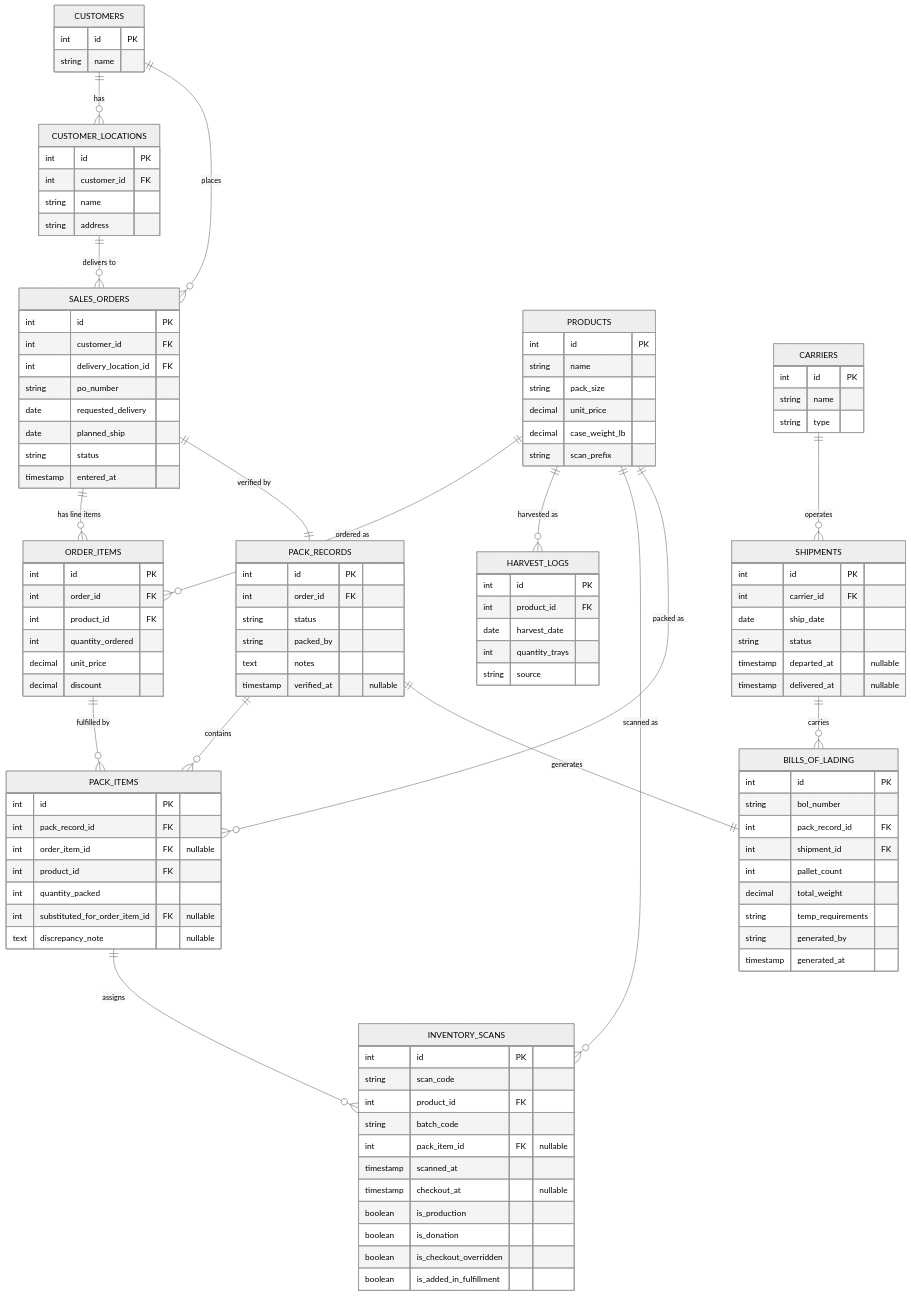
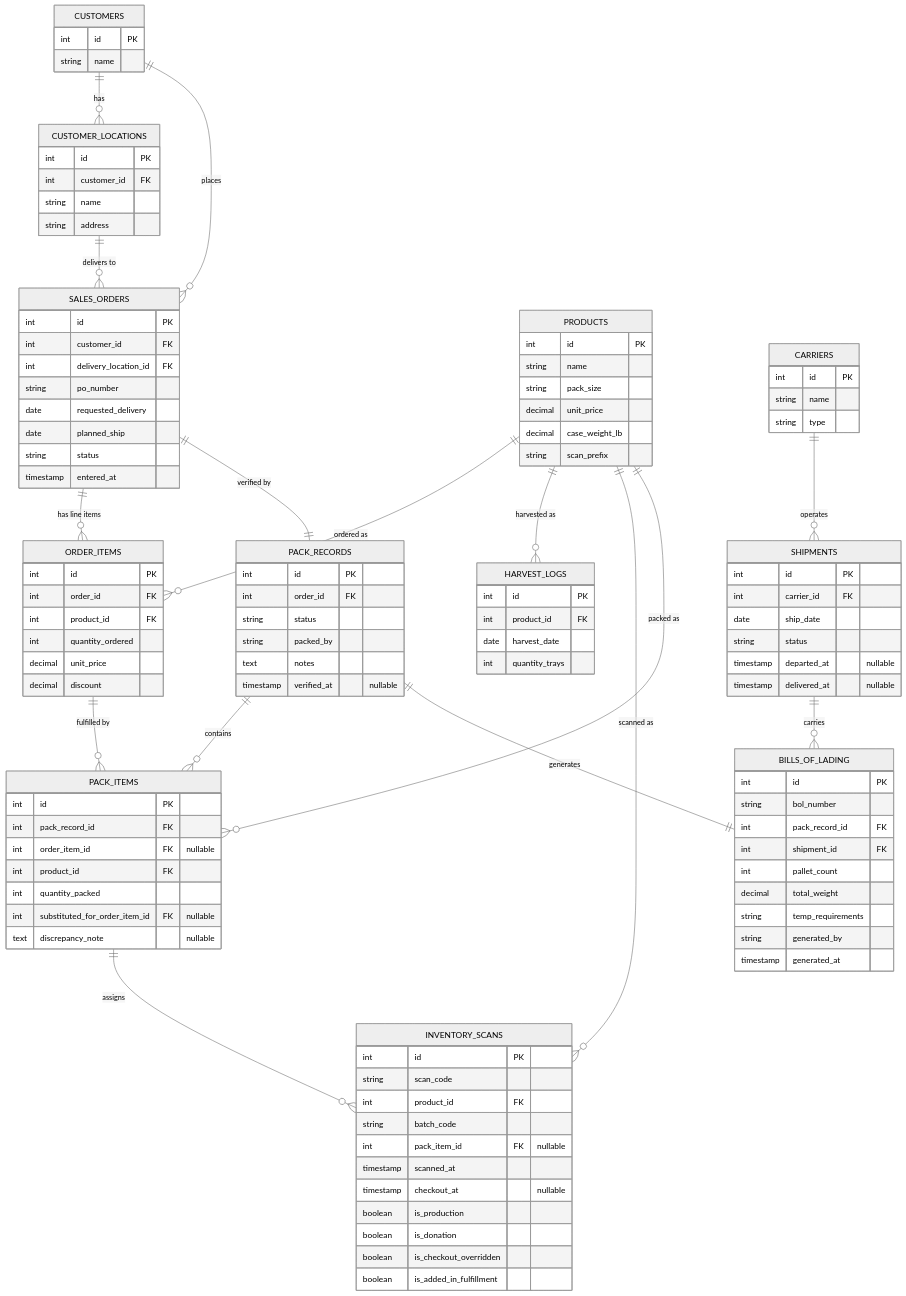
The diagram in HOLO_Data_Model.md (mathildepind/holo), drawn with Mermaid (neutral theme) before and after one commit. The commit also changed other lines of this file, not shown here.

```diff
--- a/HOLO_Data_Model.md
+++ b/HOLO_Data_Model.md
@@ -72,7 +72,6 @@
         int product_id FK
         date harvest_date
         int quantity_trays
-        string source
     }
     INVENTORY_SCANS {
         int id PK
```
